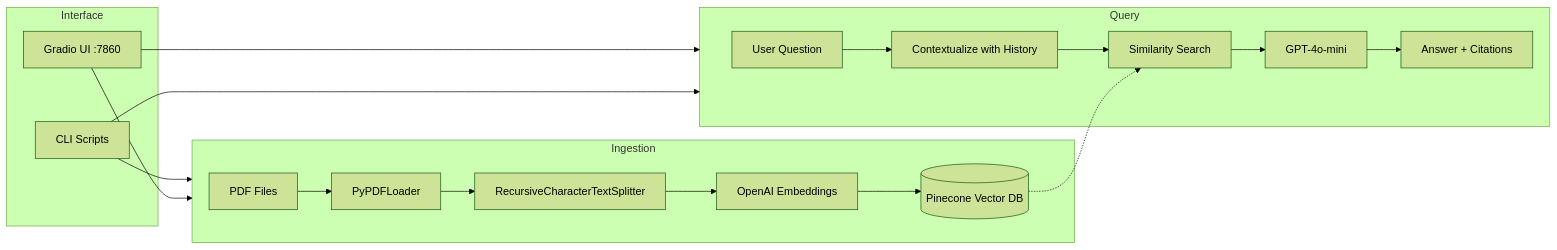
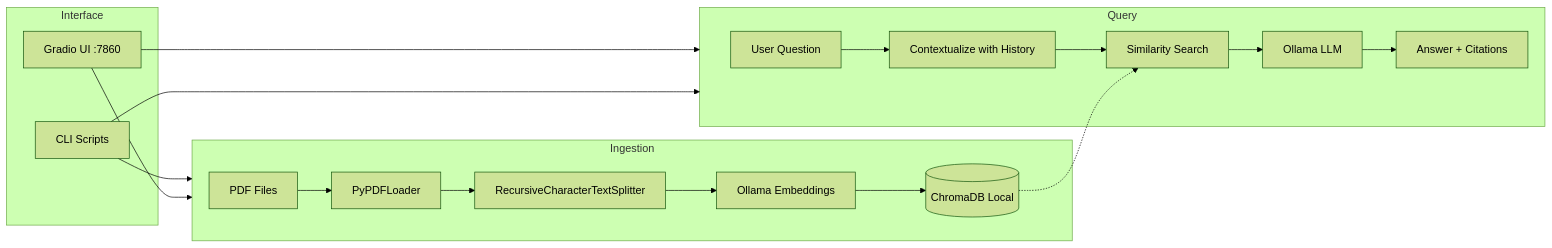
The second of 2 diagrams in README.md (Markkimotho/rag-ai-chat-bot-with-langchain), drawn with Mermaid (forest theme) before and after one commit. The commit also changed other lines of this file and 15 other files, not shown here.

First line of the commit message:
refactor: migrate from OpenAI/Pinecone to Ollama/ChromaDB; redesign UI with Streamlit

````diff
--- a/README.md
+++ b/README.md
@@ -34,27 +599,27 @@
 ```mermaid
 flowchart LR
     subgraph Ingestion
         PDF[PDF Files] --> Loader[PyPDFLoader]
         Loader --> Chunker[RecursiveCharacterTextSplitter]
-        Chunker --> Embedder[OpenAI Embeddings]
-        Embedder --> Pinecone[(Pinecone Vector DB)]
+        Chunker --> Embedder[Ollama Embeddings]
+        Embedder --> ChromaDB[(ChromaDB Local)]
     end
 
     subgraph Query
         User[User Question] --> Context[Contextualize with History]
         Context --> Retriever[Similarity Search]
-        Pinecone -.-> Retriever
-        Retriever --> LLM[GPT-4o-mini]
+        ChromaDB -.-> Retriever
+        Retriever --> LLM[Ollama LLM]
         LLM --> Answer[Answer + Citations]
     end
 
     subgraph Interface
         Gradio[Gradio UI :7860]
         CLI[CLI Scripts]
     end
 
     Gradio --> Query
     CLI --> Query
     CLI --> Ingestion
     Gradio --> Ingestion
 ```
````
